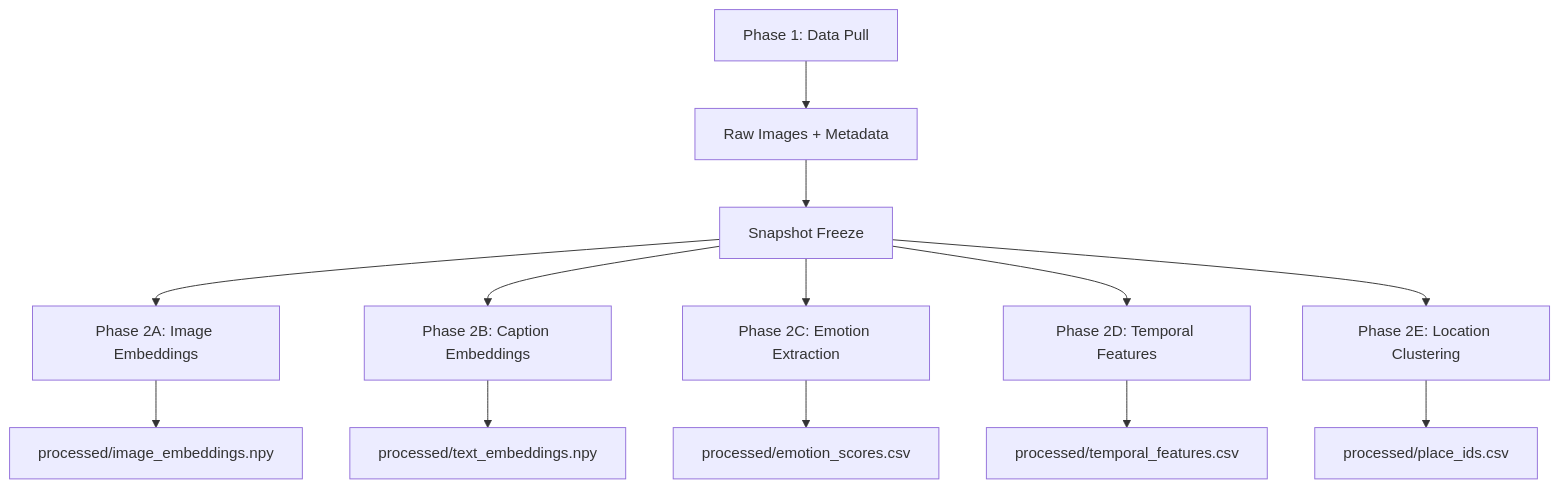
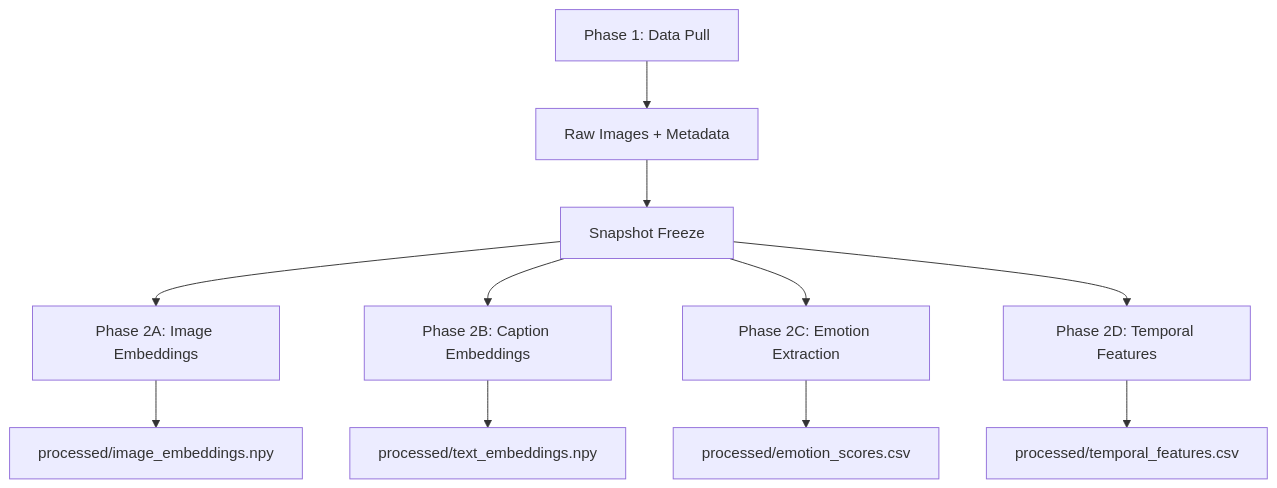
Before and after one commit to ayusrjn/dreams-research: the diagram in docs/pipeline/overview.md, drawn with Mermaid. The commit also changed other lines of this file and 17 other files, not shown here.

````diff
--- a/docs/pipeline/overview.md
+++ b/docs/pipeline/overview.md
@@ -7,15 +7,13 @@
 ```mermaid
 flowchart TD
     A[Phase 1: Data Pull] --> B[Raw Images + Metadata]
     B --> C[Snapshot Freeze]
     C --> D[Phase 2A: Image Embeddings]
     C --> E[Phase 2B: Caption Embeddings]
     C --> F[Phase 2C: Emotion Extraction]
     C --> G[Phase 2D: Temporal Features]
-    C --> H[Phase 2E: Location Clustering]
     D --> I[processed/image_embeddings.npy]
     E --> J[processed/text_embeddings.npy]
     F --> K[processed/emotion_scores.csv]
     G --> L[processed/temporal_features.csv]
-    H --> M[processed/place_ids.csv]
 ```
````
